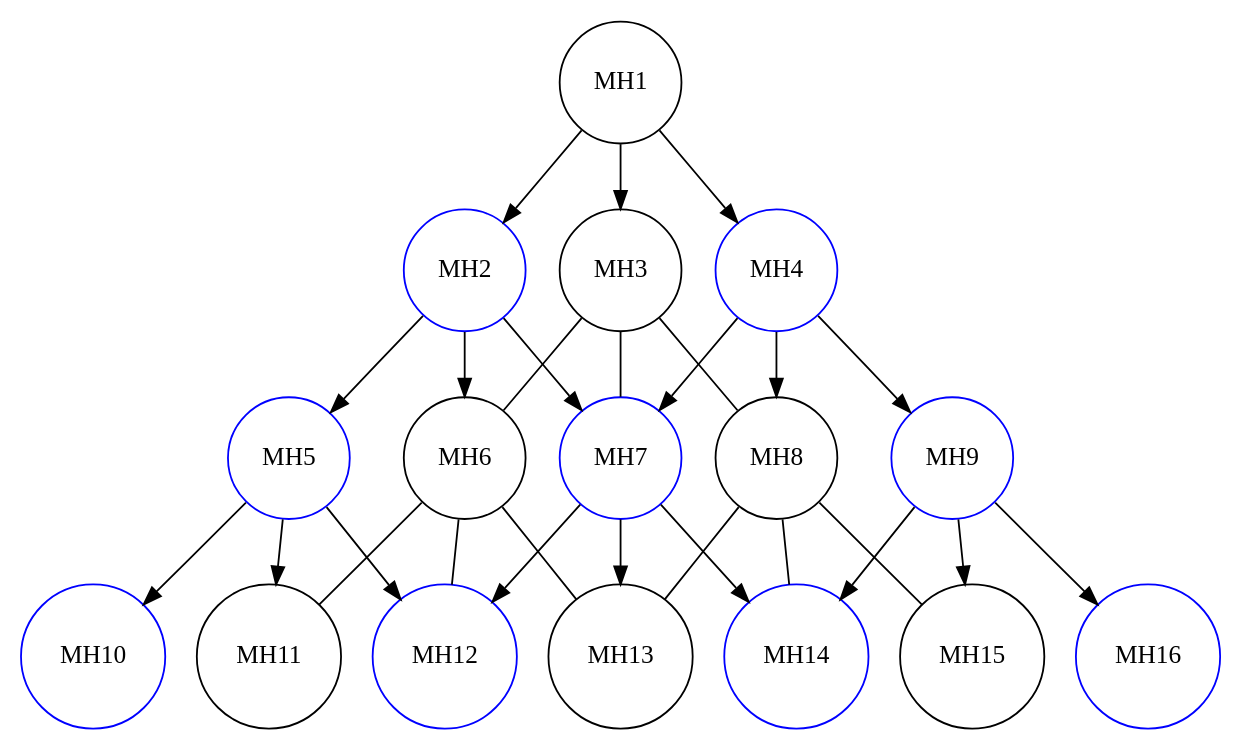
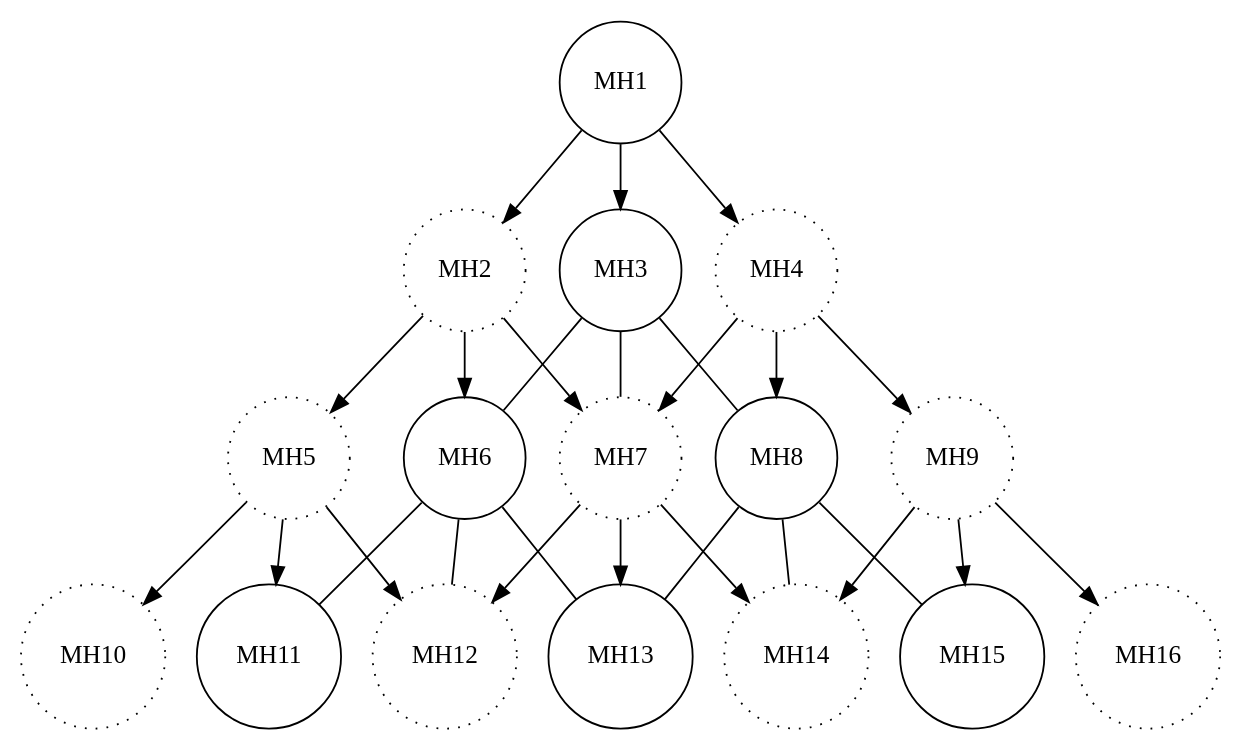
One commit to fabiosammy/TCC_NS2 changed the diagram in doc/TCC/images-source/olsrOperationStep7.dot. Above: the diagram before and after it, drawn with Graphviz. The commit also changed 36 other files, not shown here.

```diff
--- a/doc/TCC/images-source/olsrOperationStep7.dot
+++ b/doc/TCC/images-source/olsrOperationStep7.dot
@@ -1,53 +1,53 @@
 digraph olsrOperation {
 
 	node[shape=circle,color=black]
 	//Level 1
 	MH1 -> MH2
 	MH1 -> MH3
 	MH1 -> MH4
 
-	MH2[color=blue]
-	MH4[color=blue]
-	MH5[color=blue]
-	MH7[color=blue]
-	MH9[color=blue]
-	MH10[color=blue]
-	MH12[color=blue]
-	MH14[color=blue]
-	MH16[color=blue]
+	MH2[style=dotted]
+	MH4[style=dotted]
+	MH5[style=dotted]
+	MH7[style=dotted]
+	MH9[style=dotted]
+	MH10[style=dotted]
+	MH12[style=dotted]
+	MH14[style=dotted]
+	MH16[style=dotted]
 
 	//Level 2
 	MH2 -> MH5
 	MH2 -> MH6
 	MH2 -> MH7
 
 	MH4 -> MH7
 	MH4 -> MH8
 	MH4 -> MH9
 
 	MH5 -> MH10
 	MH5 -> MH11
 	MH5 -> MH12
 
 	MH7 -> MH12
 	MH7 -> MH13
 	MH7 -> MH14
 
 	MH9 -> MH14
 	MH9 -> MH15
 	MH9 -> MH16
 
 	edge[dir=none]
 	MH3 -> MH6
 	MH3 -> MH7
 	MH3 -> MH8
 
 	MH6 -> MH11
 	MH6 -> MH12
 	MH6 -> MH13
 
 	MH8 -> MH13
 	MH8 -> MH14
 	MH8 -> MH15
 
 }
```
